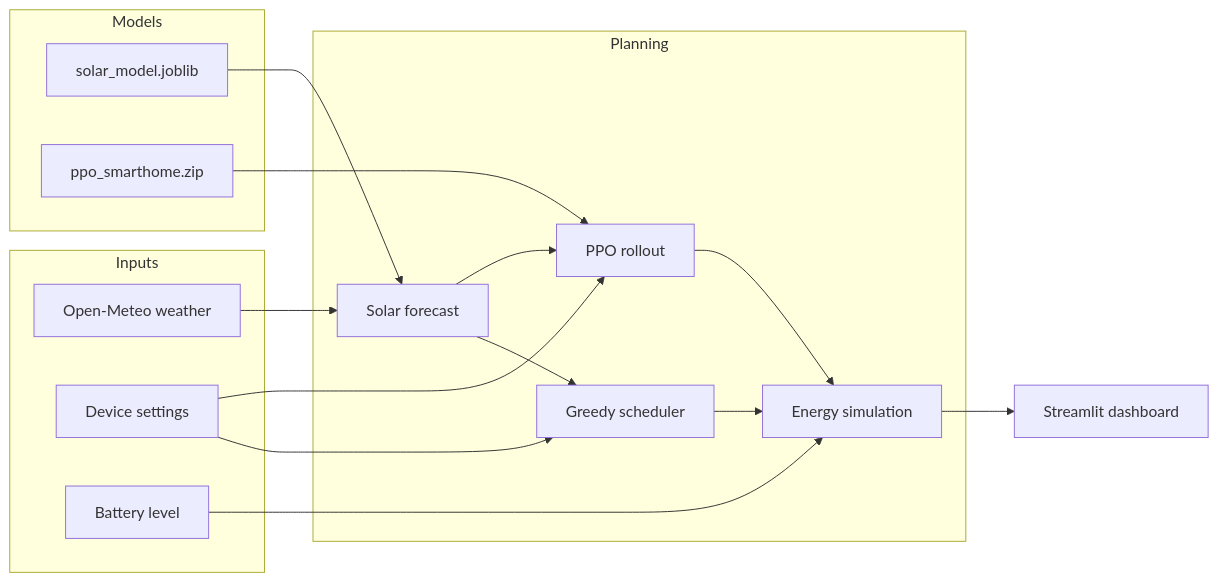
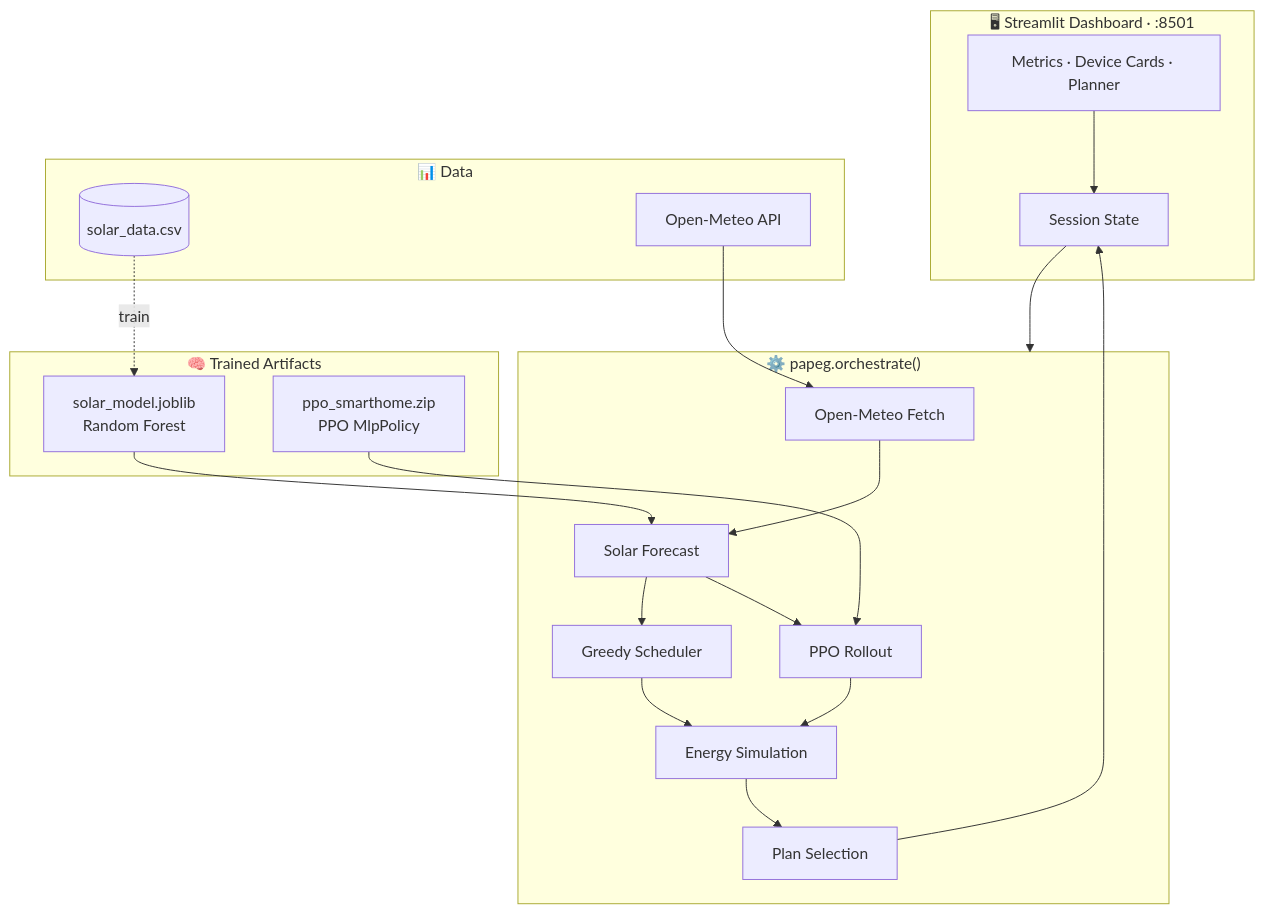
The first of 2 diagrams in README.md (marioblnn/ml-rl-solar-energy-planner), drawn with Mermaid before and after one commit. The commit also changed other lines of this file, not shown here.

First line of the commit message:
Revise README for Solar Energy Optimizer project

````diff
--- a/README.md
+++ b/README.md
@@ -31,32 +210,39 @@
 ```mermaid
-flowchart LR
-  subgraph inputs [Inputs]
-    W[Open-Meteo weather]
-    D[Device settings]
-    B[Battery level]
-  end
+flowchart TB
+    subgraph Client["🖥 Streamlit Dashboard · :8501"]
+        UI[Metrics · Device Cards · Planner]
+        SESS[Session State]
+    end
 
-  subgraph models [Models]
-    ML[solar_model.joblib]
-    RL[ppo_smarthome.zip]
-  end
+    subgraph Orchestrator["⚙️ papeg.orchestrate()"]
+        WX[Open-Meteo Fetch]
+        SF[Solar Forecast]
+        GREEDY[Greedy Scheduler]
+        RL[PPO Rollout]
+        SIM[Energy Simulation]
+        SEL[Plan Selection]
+    end
 
-  subgraph plan [Planning]
-    SF[Solar forecast]
-    G[Greedy scheduler]
-    P[PPO rollout]
-    S[Energy simulation]
-  end
+    subgraph Models["🧠 Trained Artifacts"]
+        RF[solar_model.joblib<br/>Random Forest]
+        PPO[ppo_smarthome.zip<br/>PPO MlpPolicy]
+    end
 
-  W --> SF
-  ML --> SF
-  SF --> G
-  SF --> P
-  D --> G
-  D --> P
-  B --> S
-  G --> S
-  P --> S
-  S --> UI[Streamlit dashboard]
-  RL --> P
+    subgraph Data["📊 Data"]
+        CSV[(solar_data.csv)]
+        API[Open-Meteo API]
+    end
+
+    UI --> SESS
+    SESS --> Orchestrator
+    API --> WX
+    CSV -.->|train| RF
+    WX --> SF
+    RF --> SF
+    SF --> GREEDY & RL
+    PPO --> RL
+    GREEDY --> SIM
+    RL --> SIM
+    SIM --> SEL
+    SEL --> SESS
 ```
````
